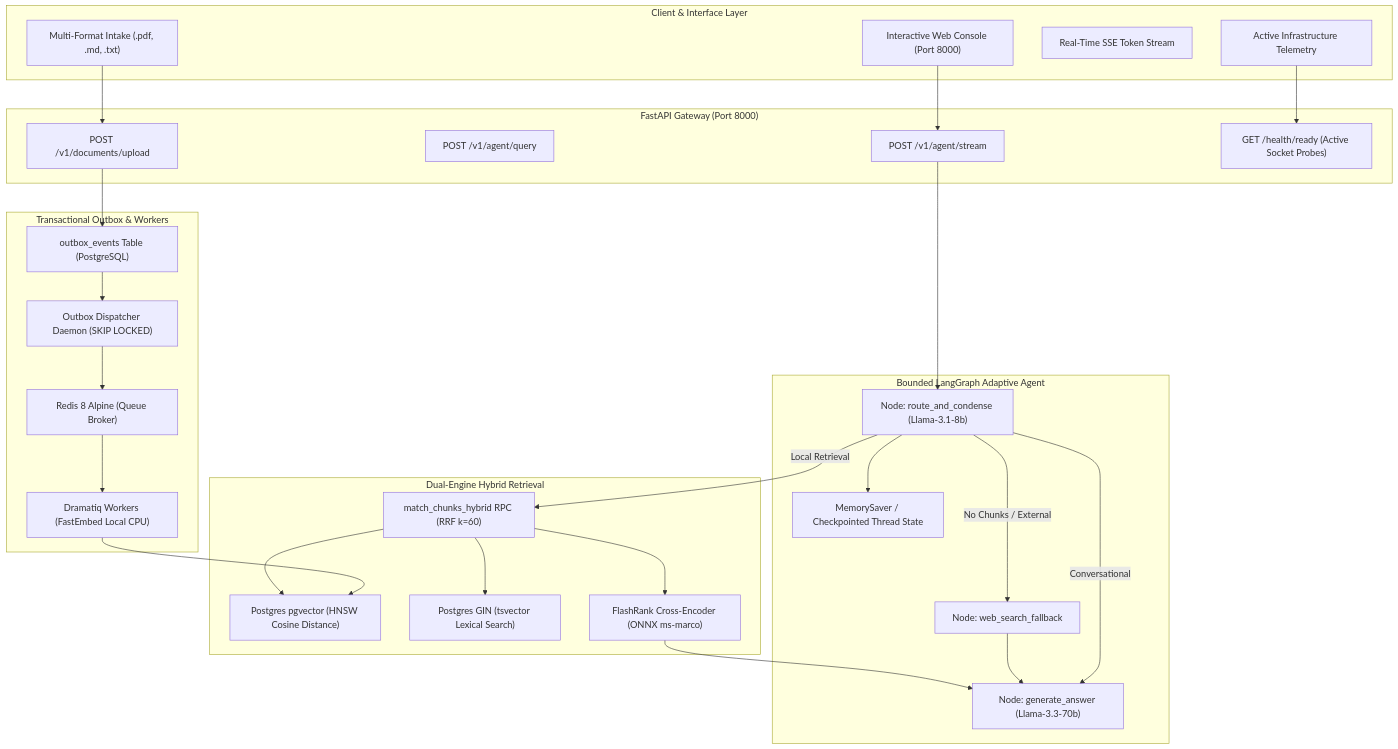
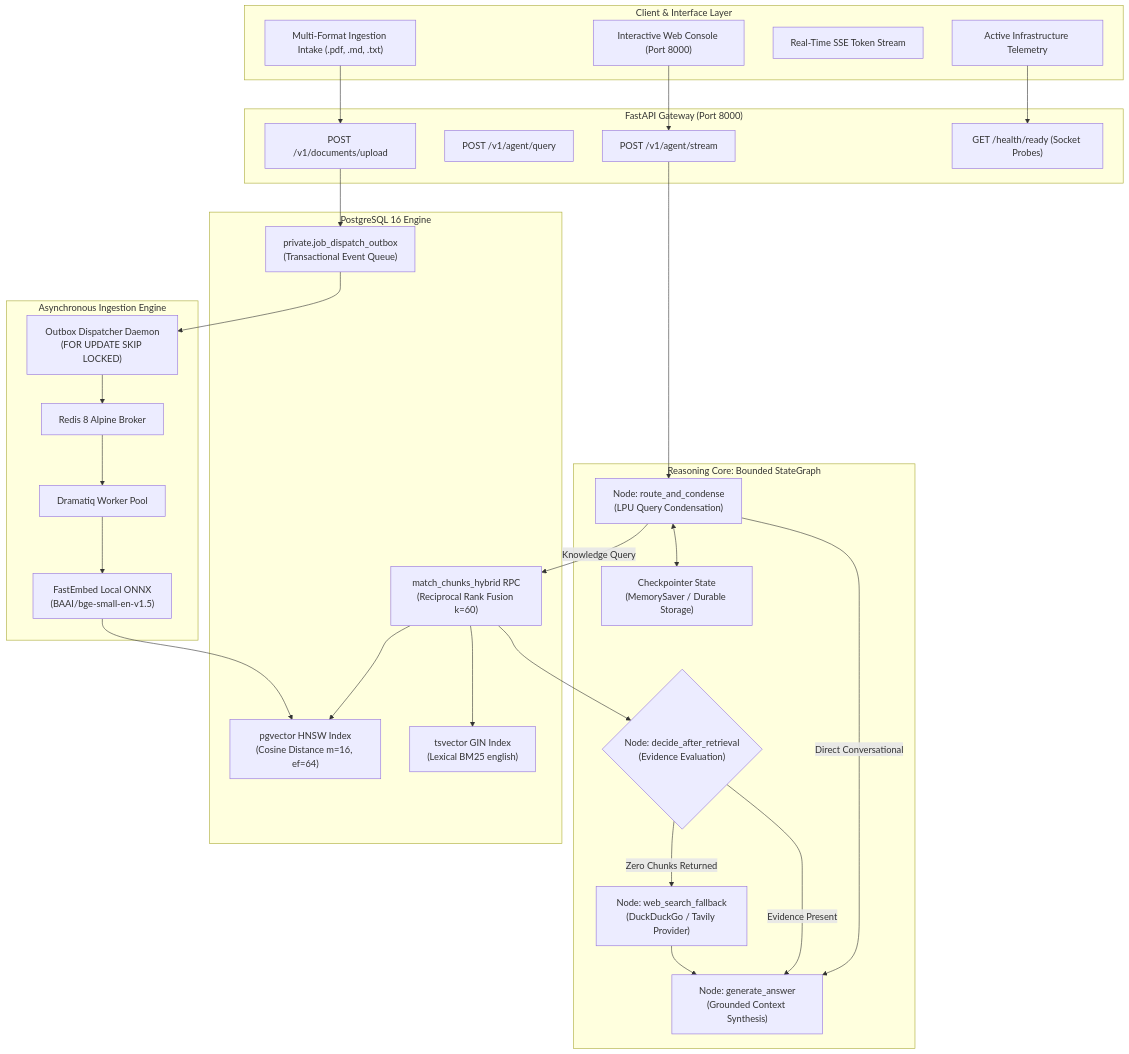
One commit to Courage-7/RAG-Agent changed the first of 3 diagrams in README.md. Above: the diagram before and after it, drawn with Mermaid. The commit also changed other lines of this file, not shown here.

Commit message:
docs: rewrite architectural readme with technical invariants and system diagrams

````diff
--- a/README.md
+++ b/README.md
@@ -23,58 +37,60 @@
 ```mermaid
 flowchart TD
     subgraph ClientLayer ["Client & Interface Layer"]
         WebUI["Interactive Web Console (Port 8000)"]
-        Dropzone["Multi-Format Intake (.pdf, .md, .txt)"]
+        Dropzone["Multi-Format Ingestion Intake (.pdf, .md, .txt)"]
         ChatFeed["Real-Time SSE Token Stream"]
         HealthBar["Active Infrastructure Telemetry"]
     end
 
-    subgraph APILayer ["FastAPI Gateway (Port 8000)"]
-        AgentStream["POST /v1/agent/stream"]
-        AgentQuery["POST /v1/agent/query"]
-        DocUpload["POST /v1/documents/upload"]
-        HealthReady["GET /health/ready (Active Socket Probes)"]
+    subgraph GatewayLayer ["FastAPI Gateway (Port 8000)"]
+        StreamEndpoint["POST /v1/agent/stream"]
+        SyncEndpoint["POST /v1/agent/query"]
+        UploadEndpoint["POST /v1/documents/upload"]
+        HealthProbe["GET /health/ready (Socket Probes)"]
     end
 
-    subgraph ReasoningCore ["Bounded LangGraph Adaptive Agent"]
-        Router["Node: route_and_condense (Llama-3.1-8b)"]
-        Memory["MemorySaver / Checkpointed Thread State"]
-        Fallback["Node: web_search_fallback"]
-        Synthesizer["Node: generate_answer (Llama-3.3-70b)"]
+    subgraph AgentCore ["Reasoning Core: Bounded StateGraph"]
+        Router["Node: route_and_condense\n(LPU Query Condensation)"]
+        Decider{"Node: decide_after_retrieval\n(Evidence Evaluation)"}
+        WebTool["Node: web_search_fallback\n(DuckDuckGo / Tavily Provider)"]
+        Synthesizer["Node: generate_answer\n(Grounded Context Synthesis)"]
+        Checkpointer["Checkpointer State\n(MemorySaver / Durable Storage)"]
     end
 
-    subgraph RetrievalEngine ["Dual-Engine Hybrid Retrieval"]
-        HNSW["Postgres pgvector (HNSW Cosine Distance)"]
-        GIN["Postgres GIN (tsvector Lexical Search)"]
-        RRF["match_chunks_hybrid RPC (RRF k=60)"]
-        Reranker["FlashRank Cross-Encoder (ONNX ms-marco)"]
+    subgraph StorageLayer ["PostgreSQL 16 Engine"]
+        HNSW["pgvector HNSW Index\n(Cosine Distance m=16, ef=64)"]
+        GIN["tsvector GIN Index\n(Lexical BM25 english)"]
+        RPC["match_chunks_hybrid RPC\n(Reciprocal Rank Fusion k=60)"]
+        OutboxTable["private.job_dispatch_outbox\n(Transactional Event Queue)"]
     end
 
-    subgraph AsyncPipeline ["Transactional Outbox & Workers"]
-        Outbox["outbox_events Table (PostgreSQL)"]
-        Dispatcher["Outbox Dispatcher Daemon (SKIP LOCKED)"]
-        RedisBroker["Redis 8 Alpine (Queue Broker)"]
-        Worker["Dramatiq Workers (FastEmbed Local CPU)"]
+    subgraph IngestionSubsystem ["Asynchronous Ingestion Engine"]
+        Dispatcher["Outbox Dispatcher Daemon\n(FOR UPDATE SKIP LOCKED)"]
+        RedisQueue["Redis 8 Alpine Broker"]
+        Workers["Dramatiq Worker Pool"]
+        LocalEmbed["FastEmbed Local ONNX\n(BAAI/bge-small-en-v1.5)"]
     end
 
-    WebUI --> AgentStream
-    Dropzone --> DocUpload
-    HealthBar --> HealthReady
+    WebUI --> StreamEndpoint
+    Dropzone --> UploadEndpoint
+    HealthBar --> HealthProbe
 
-    AgentStream --> Router
-    Router --> Memory
-    Router -- "Local Retrieval" --> RRF
-    RRF --> HNSW
-    RRF --> GIN
-    RRF --> Reranker
-    Reranker --> Synthesizer
-    Router -- "No Chunks / External" --> Fallback
-    Fallback --> Synthesizer
-    Router -- "Conversational" --> Synthesizer
+    StreamEndpoint --> Router
+    Router <--> Checkpointer
+    Router -- "Direct Conversational" --> Synthesizer
+    Router -- "Knowledge Query" --> RPC
+    RPC --> HNSW
+    RPC --> GIN
+    RPC --> Decider
+    Decider -- "Evidence Present" --> Synthesizer
+    Decider -- "Zero Chunks Returned" --> WebTool
+    WebTool --> Synthesizer
 
-    DocUpload --> Outbox
-    Outbox --> Dispatcher
-    Dispatcher --> RedisBroker
-    RedisBroker --> Worker
-    Worker --> HNSW
+    UploadEndpoint --> OutboxTable
+    OutboxTable --> Dispatcher
+    Dispatcher --> RedisQueue
+    RedisQueue --> Workers
+    Workers --> LocalEmbed
+    LocalEmbed --> HNSW
 ```
````
